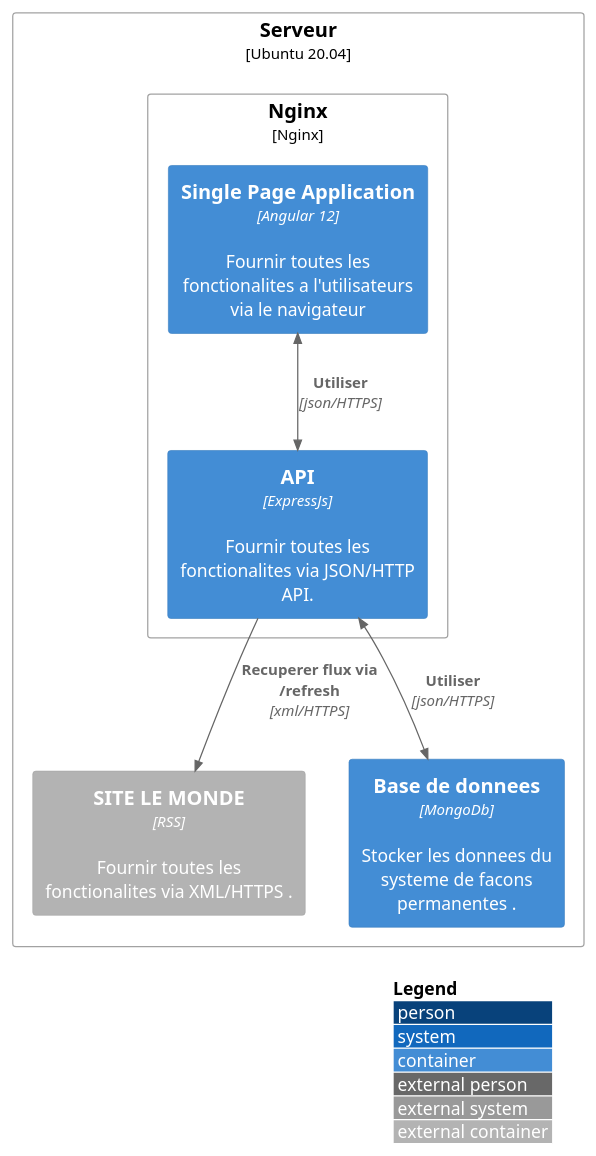
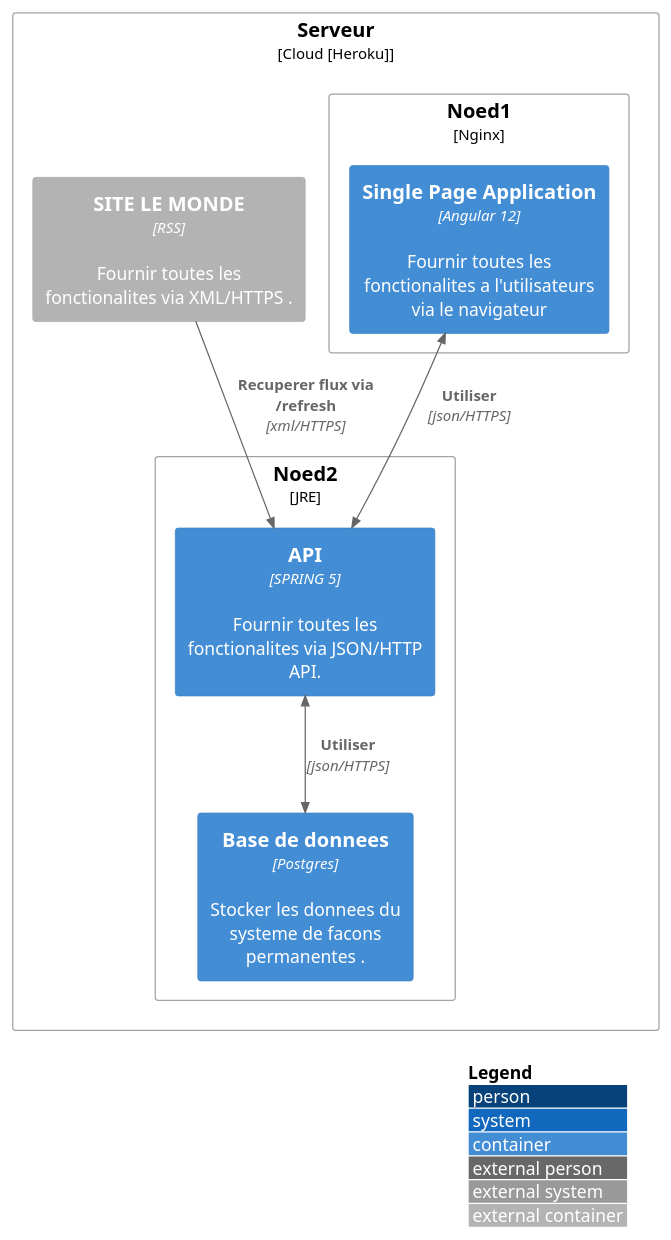
One commit to coundia/doc_mini_rss_reader-c4 changed the diagram in src/2 Deployment/deployment.puml. Above: the diagram before and after it, drawn with PlantUML. The commit also changed 2 other files, not shown here.

```diff
--- a/src/2 Deployment/deployment.puml
+++ b/src/2 Deployment/deployment.puml
@@ -1,21 +1,25 @@
 @startuml
 !include https://raw.githubusercontent.com/adrianvlupu/C4-PlantUML/latest/C4_Deployment.puml
 
 LAYOUT_WITH_LEGEND()
 
-Deployment_Node(server, "Serveur", "Ubuntu 20.04"){
-        Deployment_Node(Nginx, "Nginx", "Nginx"){
+Deployment_Node(server, "Serveur", "Cloud [Heroku]"){
+        Deployment_Node(Noed1, "Noed1", "Nginx"){
             Container(spa, "Single Page Application", "Angular 12", "Fournir toutes les fonctionalites a l'utilisateurs via le navigateur")
-            Container(api, "API ", "ExpressJs", "Fournir toutes les fonctionalites via JSON/HTTP API.")
         }
-            Container_Ext(ext, "SITE LE MONDE ", "RSS", "Fournir toutes les fonctionalites via XML/HTTPS .")
-     Container(db, "Base de donnees", "MongoDb", "Stocker les donnees du systeme de facons permanentes .")
+        Deployment_Node(Noed2, "Noed2", "JRE"){
+                    Container(spa, "Single Page Application", "Angular 12", "Fournir toutes les fonctionalites a l'utilisateurs via le navigateur")
+                    Container(api, "API ", "SPRING 5", "Fournir toutes les fonctionalites via JSON/HTTP API.")
+              Container(db, "Base de donnees", "Postgres", "Stocker les donnees du systeme de facons permanentes .")
+                }
+      Container_Ext(ext, "SITE LE MONDE ", "RSS", "Fournir toutes les fonctionalites via XML/HTTPS .")
+
 
 }
 
 
 BiRel(spa, api, "Utiliser", "json/HTTPS")
 BiRel(api, db, "Utiliser", "json/HTTPS")
-Rel(api, ext, "Recuperer flux via /refresh", "xml/HTTPS")
+Rel(ext,api, "Recuperer flux via /refresh", "xml/HTTPS")
 
 @enduml
```
